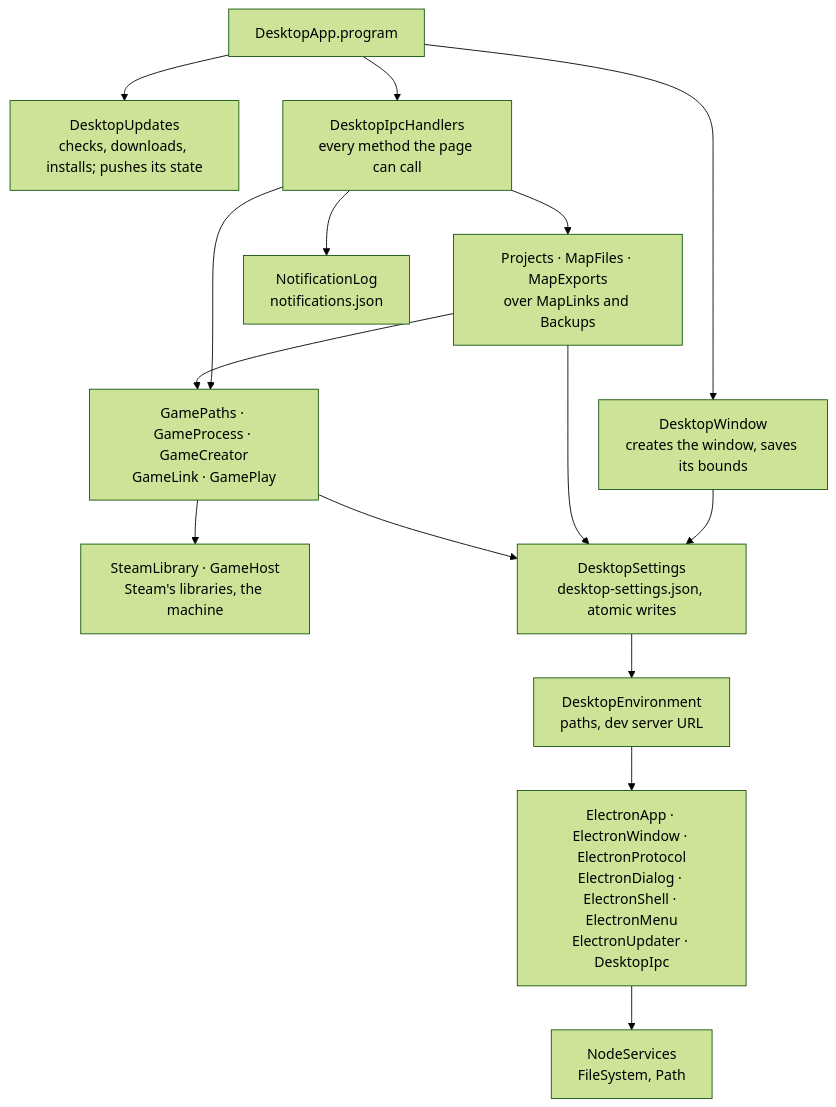
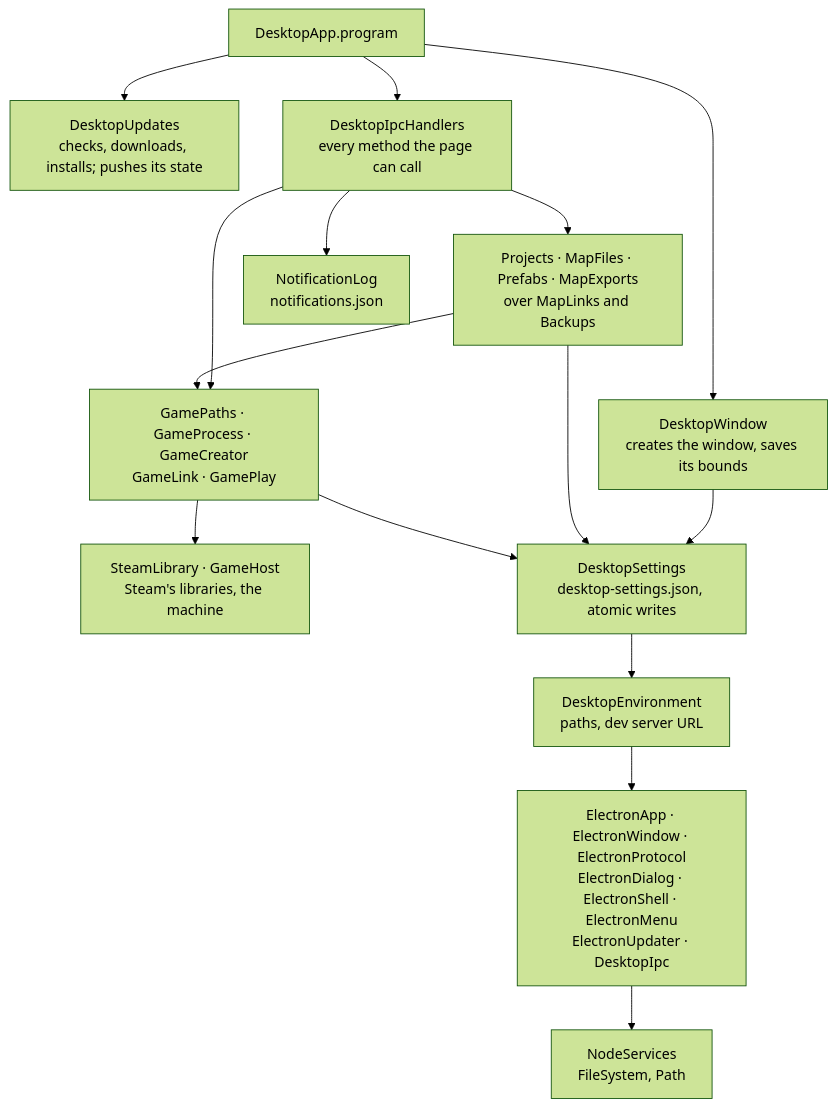
One commit to ballest-editor/ballest-editor changed the third of 3 diagrams in apps/desktop/README.md. Above: the diagram before and after it, drawn with Mermaid (forest theme). The commit also changed other lines of this file and 202 other files, not shown here.

````diff
--- a/apps/desktop/README.md
+++ b/apps/desktop/README.md
@@ -115,17 +115,17 @@
 ```mermaid
 flowchart TB
   program[DesktopApp.program] --> window[DesktopWindow<br/>creates the window, saves its bounds]
   program --> updates[DesktopUpdates<br/>checks, downloads, installs; pushes its state]
   program --> ipc[DesktopIpcHandlers<br/>every method the page can call]
-  ipc --> project[Projects · MapFiles · MapExports<br/>over MapLinks and Backups]
+  ipc --> project[Projects · MapFiles · Prefabs · MapExports<br/>over MapLinks and Backups]
   ipc --> game[GamePaths · GameProcess · GameCreator<br/>GameLink · GamePlay]
   ipc --> notifications[NotificationLog<br/>notifications.json]
   project --> game
   game --> steam[SteamLibrary · GameHost<br/>Steam's libraries, the machine]
   window --> settings[DesktopSettings<br/>desktop-settings.json, atomic writes]
   project --> settings
   game --> settings
   settings --> env[DesktopEnvironment<br/>paths, dev server URL]
   env --> electron["ElectronApp · ElectronWindow · ElectronProtocol<br/>ElectronDialog · ElectronShell · ElectronMenu<br/>ElectronUpdater · DesktopIpc"]
   electron --> node[NodeServices<br/>FileSystem, Path]
 ```
````
